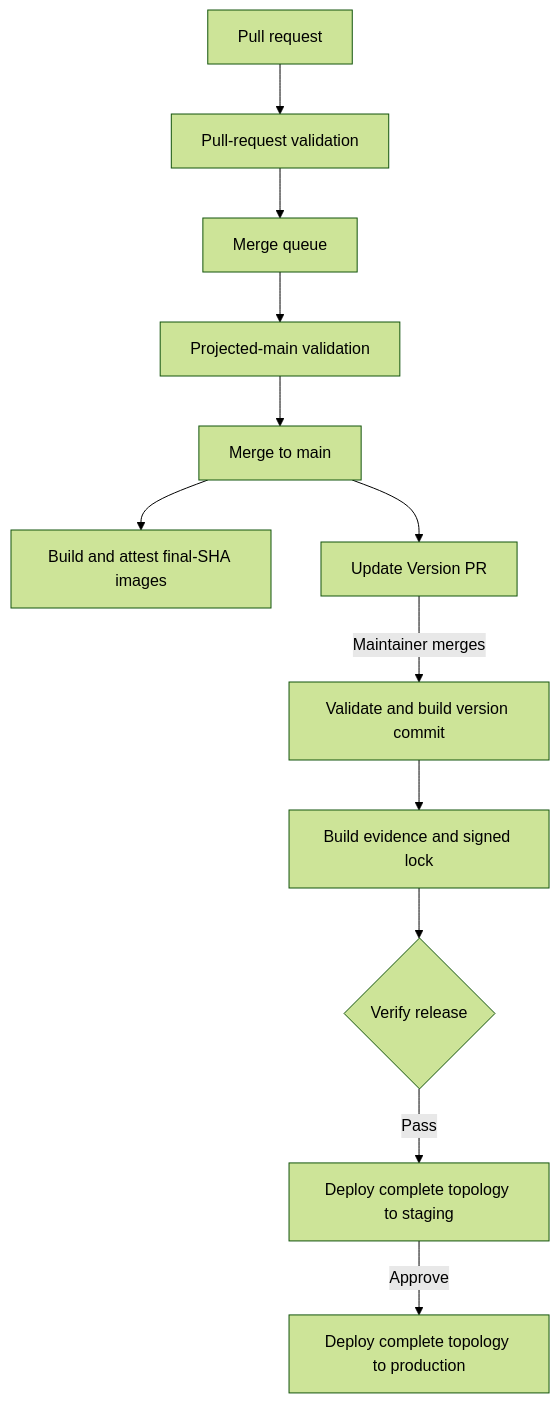
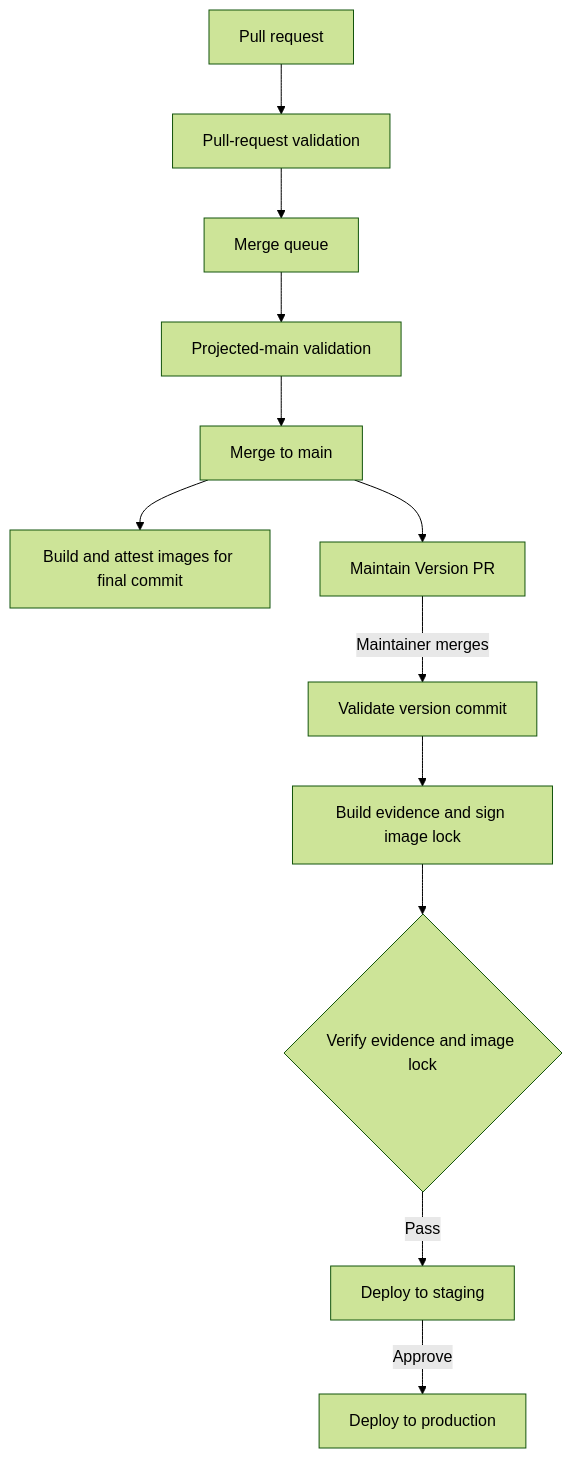
One commit to ls1intum/Hephaestus changed the diagram in docs/contributor/ci-cd.mdx. Above: the diagram before and after it, drawn with Mermaid (forest theme). The commit also changed other lines of this file and 5 other files, not shown here.

````diff
--- a/docs/contributor/ci-cd.mdx
+++ b/docs/contributor/ci-cd.mdx
@@ -16,16 +16,16 @@
 ```mermaid
 flowchart TD
     accTitle: Pull request delivery pipeline
     accDescr: Pull-request and merge-group validation protect main; final-SHA images become signed releases that deploy to staging before production approval.
     PR[Pull request] --> PRCI[Pull-request validation]
     PRCI --> Queue[Merge queue]
     Queue --> MG[Projected-main validation]
     MG --> Main[Merge to main]
-    Main --> Images[Build and attest final-SHA images]
-    Main --> VP[Update Version PR]
-    VP -->|Maintainer merges| ReleaseCI[Validate and build version commit]
-    ReleaseCI --> Release[Build evidence and signed lock]
-    Release --> Verify{Verify release}
-    Verify -->|Pass| Staging[Deploy complete topology to staging]
-    Staging -->|Approve| Prod[Deploy complete topology to production]
+    Main --> Images[Build and attest images for final commit]
+    Main --> VP[Maintain Version PR]
+    VP -->|Maintainer merges| ReleaseCI[Validate version commit]
+    ReleaseCI --> Evidence[Build evidence and sign image lock]
+    Evidence --> Verify{Verify evidence and image lock}
+    Verify -->|Pass| Staging[Deploy to staging]
+    Staging -->|Approve| Prod[Deploy to production]
 ```
````
